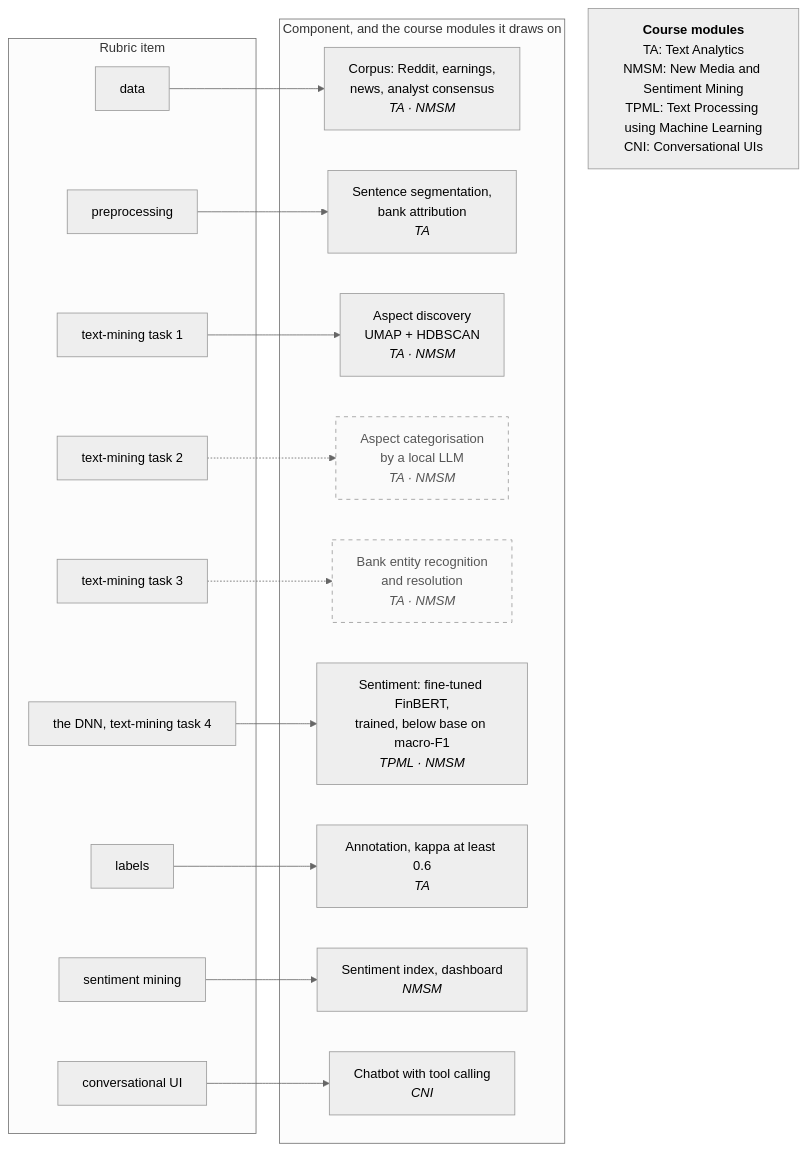
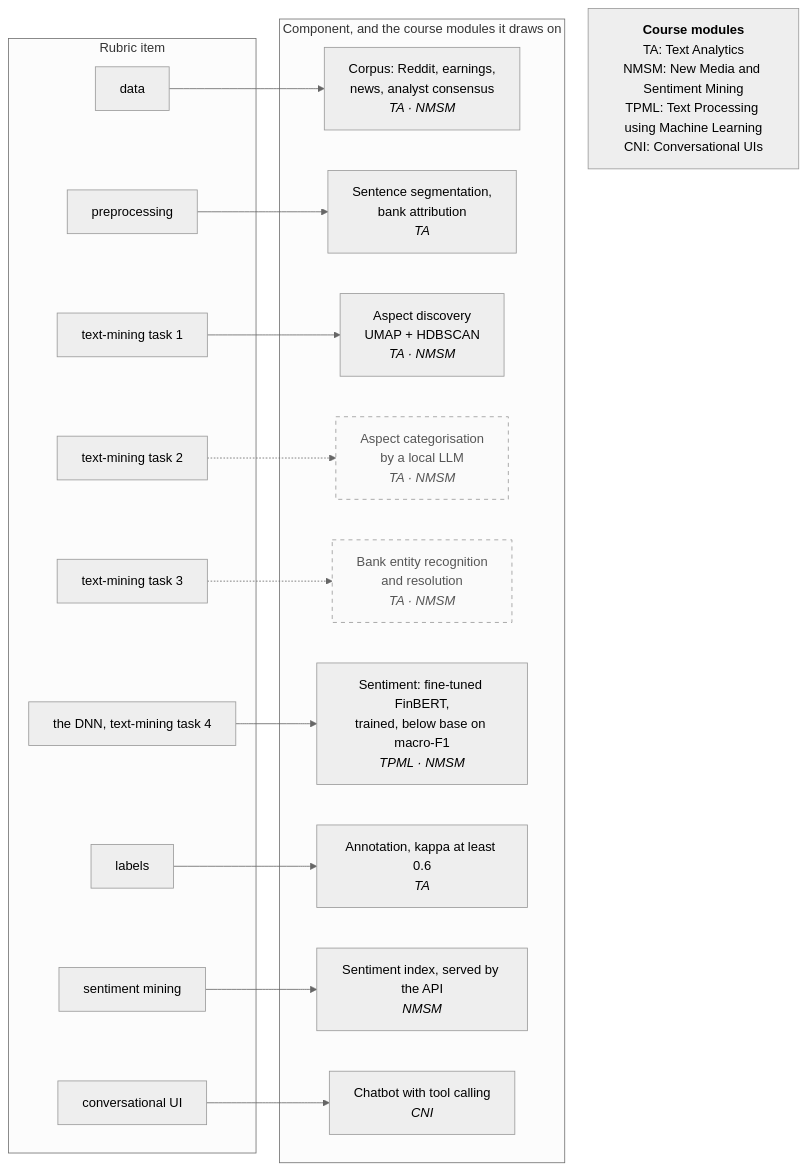
Before and after one commit to Gavingyh/plp-project: the diagram in docs/diagrams/src/17-rubric-map.mmd, drawn with Mermaid (neutral theme). The commit also changed 62 other files, not shown here.

First line of the commit message:
Hand the dashboard to its own project; expose everything through the API

```diff
--- a/docs/diagrams/src/17-rubric-map.mmd
+++ b/docs/diagrams/src/17-rubric-map.mmd
@@ -1,43 +1,43 @@
 flowchart LR
   accTitle: Rubric items, components and course modules
   accDescr: Nine rubric items each map to one component. Components draw on Text Analytics, New Media and Sentiment Mining, Text Processing using Machine Learning, and Conversational UIs. Bank entity recognition and LLM aspect categorisation are planned; annotation is done and the fine-tuned sentiment model is trained.
 
   subgraph R["Rubric item"]
     r1["data"]
     r2["preprocessing"]
     r3["text-mining task 1"]
     r4["text-mining task 2"]
     r5["text-mining task 3"]
     r6["the DNN, text-mining task 4"]
     r7["labels"]
     r8["sentiment mining"]
     r9["conversational UI"]
   end
 
   subgraph C["Component, and the course modules it draws on"]
     c1["Corpus: Reddit, earnings,<br/>news, analyst consensus<br/><i>TA · NMSM</i>"]
     c2["Sentence segmentation,<br/>bank attribution<br/><i>TA</i>"]
     c3["Aspect discovery<br/>UMAP + HDBSCAN<br/><i>TA · NMSM</i>"]
     c4["Aspect categorisation<br/>by a local LLM<br/><i>TA · NMSM</i>"]
     c5["Bank entity recognition<br/>and resolution<br/><i>TA · NMSM</i>"]
     c6["Sentiment: fine-tuned FinBERT,<br/>trained, below base on macro-F1<br/><i>TPML · NMSM</i>"]
     c7["Annotation, kappa at least 0.6<br/><i>TA</i>"]
-    c8["Sentiment index, dashboard<br/><i>NMSM</i>"]
+    c8["Sentiment index, served by the API<br/><i>NMSM</i>"]
     c9["Chatbot with tool calling<br/><i>CNI</i>"]
   end
 
   key["<b>Course modules</b><br/>TA: Text Analytics<br/>NMSM: New Media and Sentiment Mining<br/>TPML: Text Processing using Machine Learning<br/>CNI: Conversational UIs"]
 
   r1 --> c1
   r2 --> c2
   r3 --> c3
   r4 -.-> c4
   r5 -.-> c5
   r6 --> c6
   r7 --> c7
   r8 --> c8
   r9 --> c9
   C ~~~ key
 
   classDef planned stroke-dasharray: 5 5,color:#555,fill:#fafafa;
   class c4,c5 planned;
```
